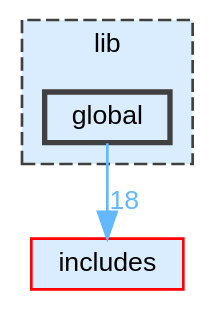
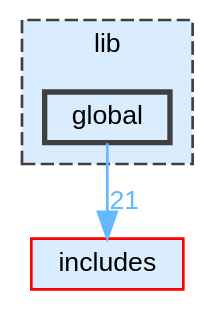
Before and after one commit to JS-CMP/JS-CMP: the diagram in dir_e5351f453d76e877d7266eb645a452b4_dep.dot, drawn with Graphviz. The commit also changed 94 other files, not shown here.

```diff
--- a/dir_e5351f453d76e877d7266eb645a452b4_dep.dot
+++ b/dir_e5351f453d76e877d7266eb645a452b4_dep.dot
@@ -1,14 +1,14 @@
 digraph "lib/global"
 {
  // LATEX_PDF_SIZE
   bgcolor="transparent";
   edge [fontname=Helvetica,fontsize=10,labelfontname=Helvetica,labelfontsize=10];
   node [fontname=Helvetica,fontsize=10,shape=box,height=0.2,width=0.4];
   compound=true
   subgraph clusterdir_97aefd0d527b934f1d99a682da8fe6a9 {
     graph [ bgcolor="#daedff", pencolor="grey25", label="lib", fontname=Helvetica,fontsize=10 style="filled,dashed", URL="dir_97aefd0d527b934f1d99a682da8fe6a9.html",tooltip=""]
   dir_e5351f453d76e877d7266eb645a452b4 [label="global", fillcolor="#daedff", color="grey25", style="filled,bold", URL="dir_e5351f453d76e877d7266eb645a452b4.html",tooltip=""];
   }
   dir_09e761304027c904456130627fd4dcf5 [label="includes", fillcolor="#daedff", color="red", style="filled", URL="dir_09e761304027c904456130627fd4dcf5.html",tooltip=""];
-  dir_e5351f453d76e877d7266eb645a452b4->dir_09e761304027c904456130627fd4dcf5 [headlabel="18", labeldistance=1.5 headhref="dir_000008_000009.html" href="dir_000008_000009.html" color="steelblue1" fontcolor="steelblue1"];
+  dir_e5351f453d76e877d7266eb645a452b4->dir_09e761304027c904456130627fd4dcf5 [headlabel="21", labeldistance=1.5 headhref="dir_000008_000009.html" href="dir_000008_000009.html" color="steelblue1" fontcolor="steelblue1"];
 }
```
